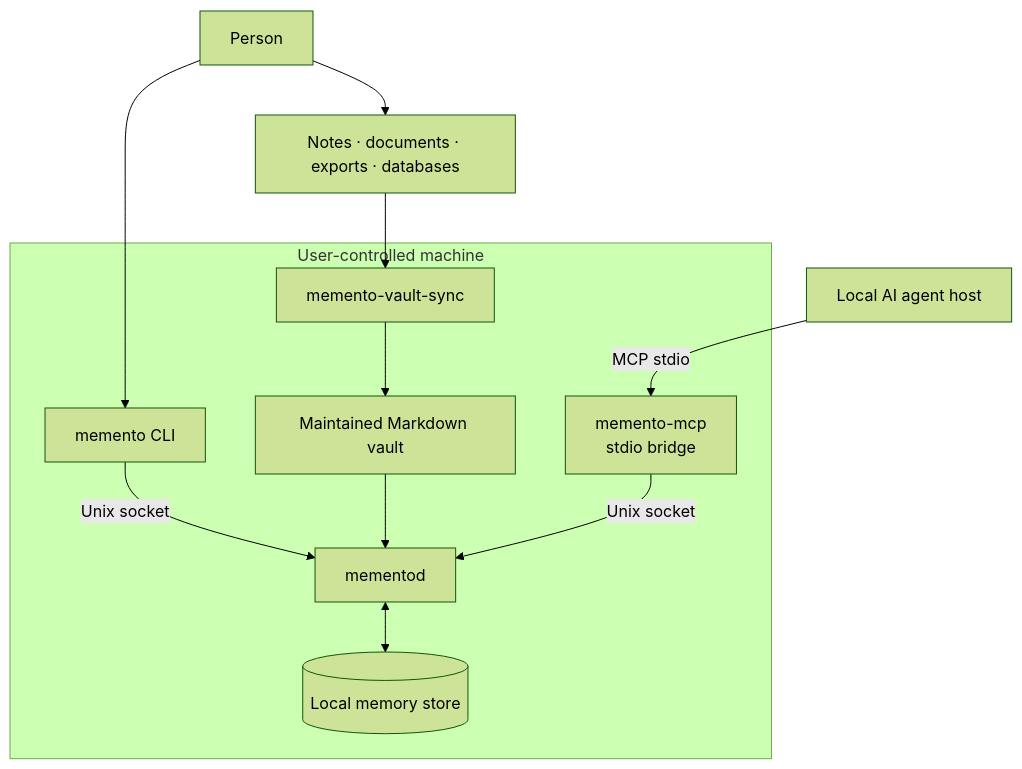
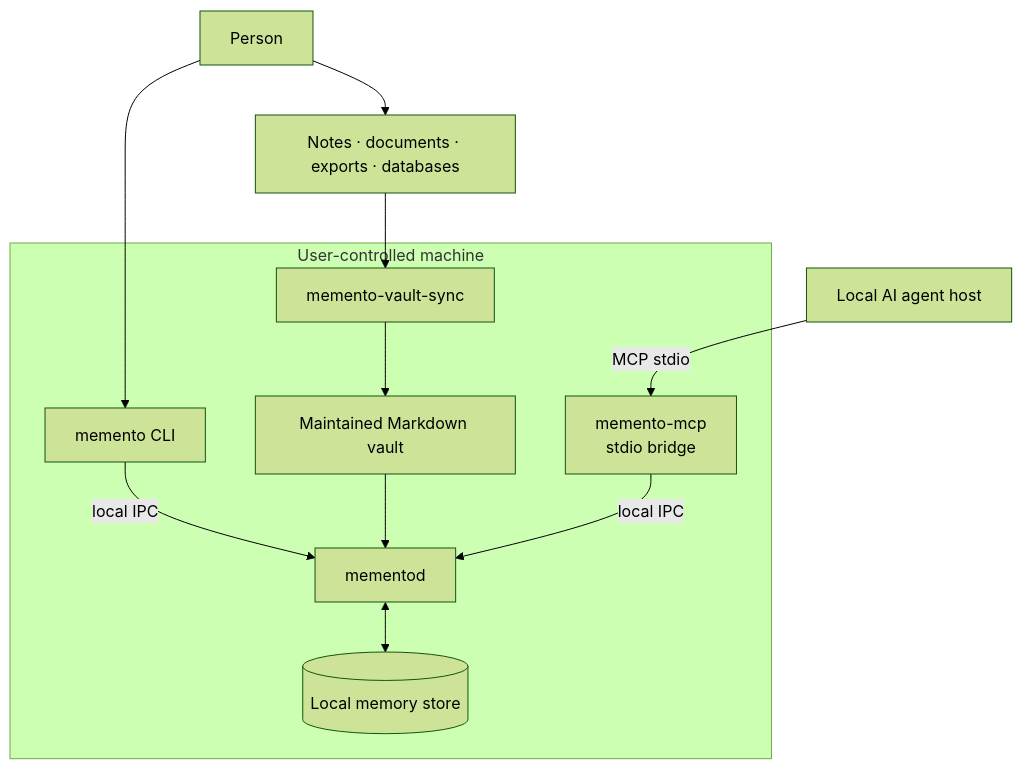
Before and after one commit to ArvorCo/memento: the first of 8 diagrams in docs/ARCHITECTURE.md, drawn with Mermaid (forest theme). The commit also changed other lines of this file and 49 other files, not shown here.

````diff
--- a/docs/ARCHITECTURE.md
+++ b/docs/ARCHITECTURE.md
@@ -25,26 +25,26 @@
 ```mermaid
 flowchart TB
     accTitle: Memento system context
     accDescr: A person owns local source material and a local Memento store. The command line, scheduler, and local agent host interact with the daemon. Optional source adapters normalize external exports into a vault without making Memento cloud-dependent.
 
     person["Person"]
     agent["Local AI agent host"]
     sources["Notes · documents · exports · databases"]
 
     subgraph machine["User-controlled machine"]
         cli["memento CLI"]
         mcp["memento-mcp\nstdio bridge"]
         feeder["memento-vault-sync"]
         vault["Maintained Markdown vault"]
         daemon["mementod"]
         store[("Local memory store")]
     end
 
     person --> cli
     person --> sources
     sources --> feeder --> vault
-    cli -->|Unix socket| daemon
-    agent -->|MCP stdio| mcp -->|Unix socket| daemon
+    cli -->|local IPC| daemon
+    agent -->|MCP stdio| mcp -->|local IPC| daemon
     vault --> daemon
     daemon <--> store
 ```
````
